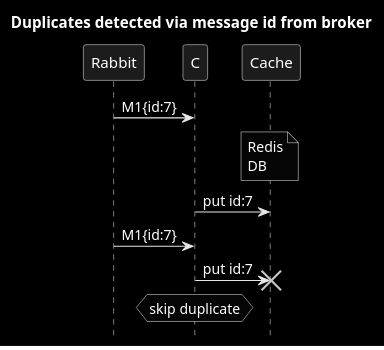
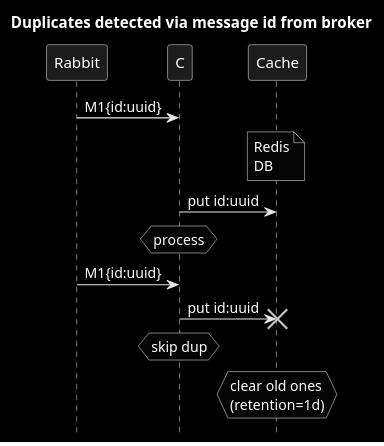
One commit to victorrentea/kafka changed the diagram in patterns/1_duplicates-app-level-fromB.puml. Above: the diagram before and after it, drawn with PlantUML.

Commit message:
end day1

```diff
--- a/patterns/1_duplicates-app-level-fromB.puml
+++ b/patterns/1_duplicates-app-level-fromB.puml
@@ -1,14 +1,17 @@
 @startuml
 title Duplicates detected via message id from broker
 hide footbox
 skinparam monochrome reverse
 
-Rabbit->C: M1{id:7}
+Rabbit->C: M1{id:uuid}
 note over Cache: Redis\nDB
-C->Cache: put id:7
-Rabbit->C: M1{id:7}
-C->Cache!!: put id:7
-hnote over C: skip duplicate
-
+C->Cache: put id:uuid
+hnote over C: process
+Rabbit->C: M1{id:uuid}
+C->Cache!!: put id:uuid
+hnote over C: skip dup
+hnote over Cache: clear old ones\n(retention=1d)
+'dedup window size=? "how old duplicate can I imagine receiving"
+'confirm with biz!
 
 @enduml
```
